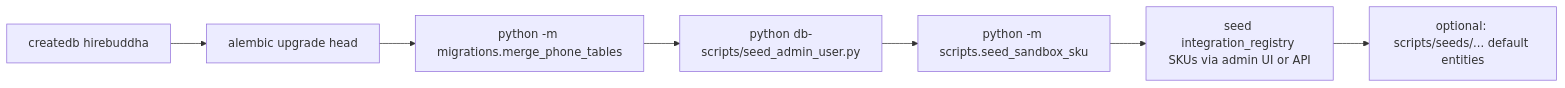
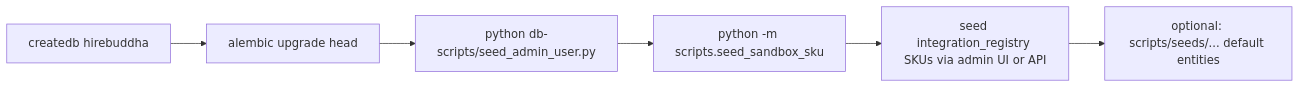
One commit to gondolerahul/hire-buddha-app changed diagram 22 of 22 in docs/current/03-data-model.md. Above: the diagram before and after it, drawn with Mermaid. The commit also changed other lines of this file and 14 other files, not shown here.

````diff
--- a/docs/current/03-data-model.md
+++ b/docs/current/03-data-model.md
@@ -1922,9 +1945,8 @@
 ```mermaid
 flowchart LR
   A["createdb hirebuddha"] --> B["alembic upgrade head"]
-  B --> C["python -m migrations.merge_phone_tables"]
-  C --> D["python db-scripts/seed_admin_user.py"]
+  B --> D["python db-scripts/seed_admin_user.py"]
   D --> E["python -m scripts.seed_sandbox_sku"]
   E --> F["seed integration_registry SKUs via admin UI or API"]
   F --> G["optional: scripts/seeds/... default entities"]
 ```
````
